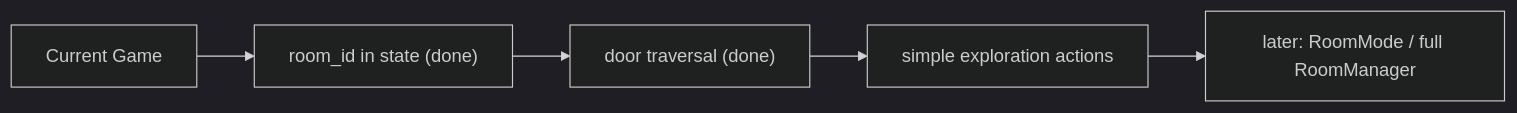
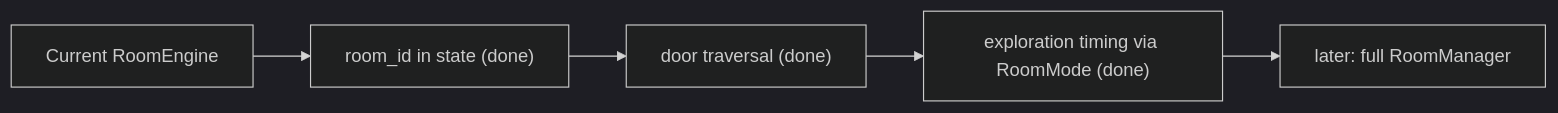
Before and after one commit to GoldenWind8/roguelike-mvp: the first of 6 diagrams in docs/WORLD.md, drawn with Mermaid (dark theme). The commit also changed other lines of this file and 29 other files, not shown here.

````diff
--- a/docs/WORLD.md
+++ b/docs/WORLD.md
@@ -36,7 +36,7 @@
 ```mermaid
 flowchart LR
-    A["Current Game"] --> B["room_id in state (done)"]
+    A["Current RoomEngine"] --> B["room_id in state (done)"]
     B --> C["door traversal (done)"]
-    C --> D["simple exploration actions"]
-    D --> E["later: RoomMode / full RoomManager"]
+    C --> D["exploration timing via RoomMode (done)"]
+    D --> E["later: full RoomManager"]
 ```
````
